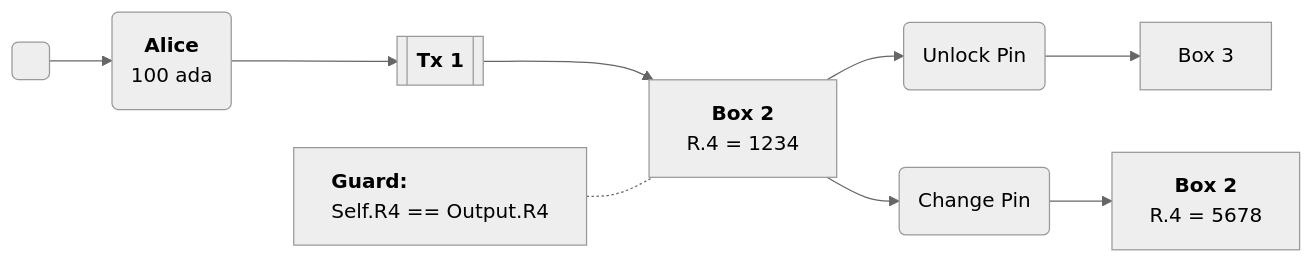
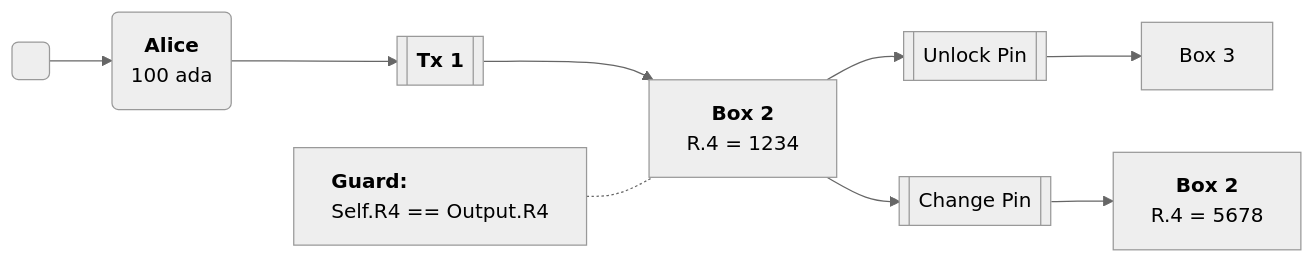
Before and after one commit to RalfWeiss/ergo-course-summary: the seventh of 7 diagrams in cardano/PPP-030102.md, drawn with Mermaid (neutral theme). The commit also changed other lines of this file and 5 other files, not shown here.

Commit message:
conceptual Context-diagram

````diff
--- a/cardano/PPP-030102.md
+++ b/cardano/PPP-030102.md
@@ -128,15 +133,24 @@
 ```mermaid
 flowchart LR  
-  U0( ) --> U1
-  U1( <p valign='middle'><b>Alice</b><br/>100 ada</p> ) 
-  U1 --> T1[[<b>Tx 1</b>]] --> U2
+  %% defining the elements
+  U0( ) 
+  U1( <p valign='middle'><b>Alice</b><br/>100 ada</p> )   
   U2[<b>Box 2</b><p align='left'>R.4 = 1234</p>]
+  U4[<b>Box 2</b><p align='left'>R.4 = 5678</p>]
+  %% Comment for the Guard Script
+  C1[<p align='left'><b>Guard:</b><br/> Self.R4 == Output.R4</p>] 
 
-  U2 --> T2(Unlock Pin) --> B3[Box 3]
-  X[<p align='left'><b>Guard:</b><br/> Self.R4 == Output.R4</p>] 
-  X -.- U2
+  T1[[<b>Tx 1</b>]]
+  T2[[Unlock Pin]]
+  T3[[Change Pin]]
 
-  U2 --> T3(Change Pin) --> U3
-  U3[<b>Box 2</b><p align='left'>R.4 = 5678</p>]
+  U0 --> U1
+  U1 -->  T1 --> U2
+  U2 --> T2 --> U3[Box 3]  
+  C1 -.- U2
+  U2 --> T3 --> U4
+  
+
+  
 
 ```
````
